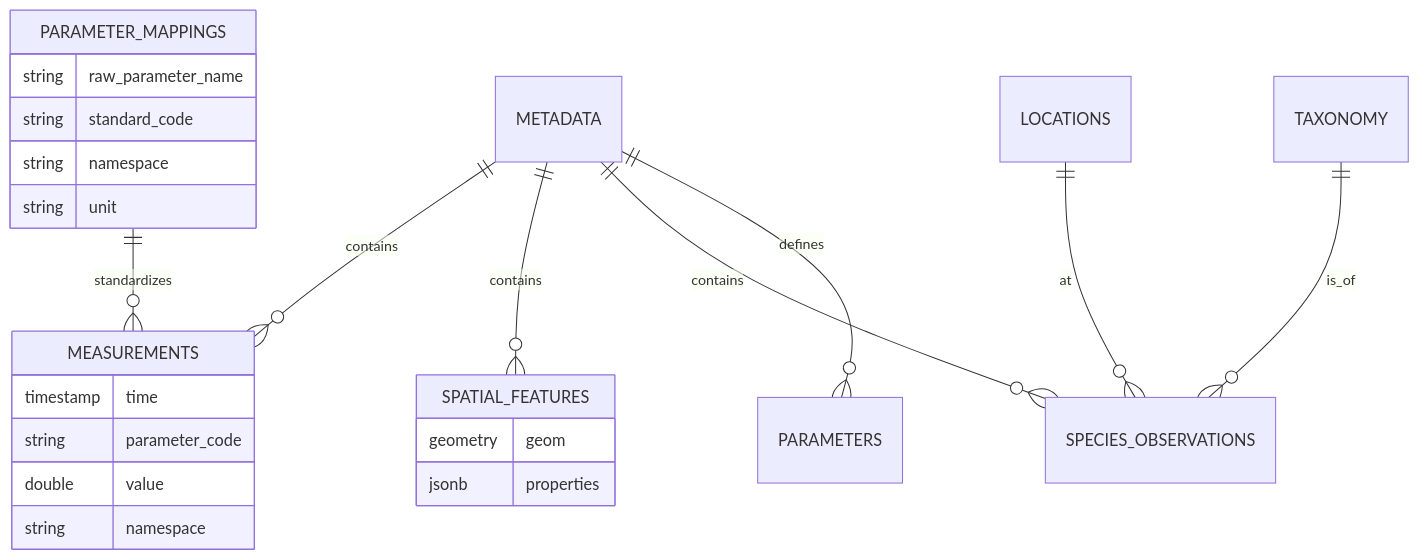
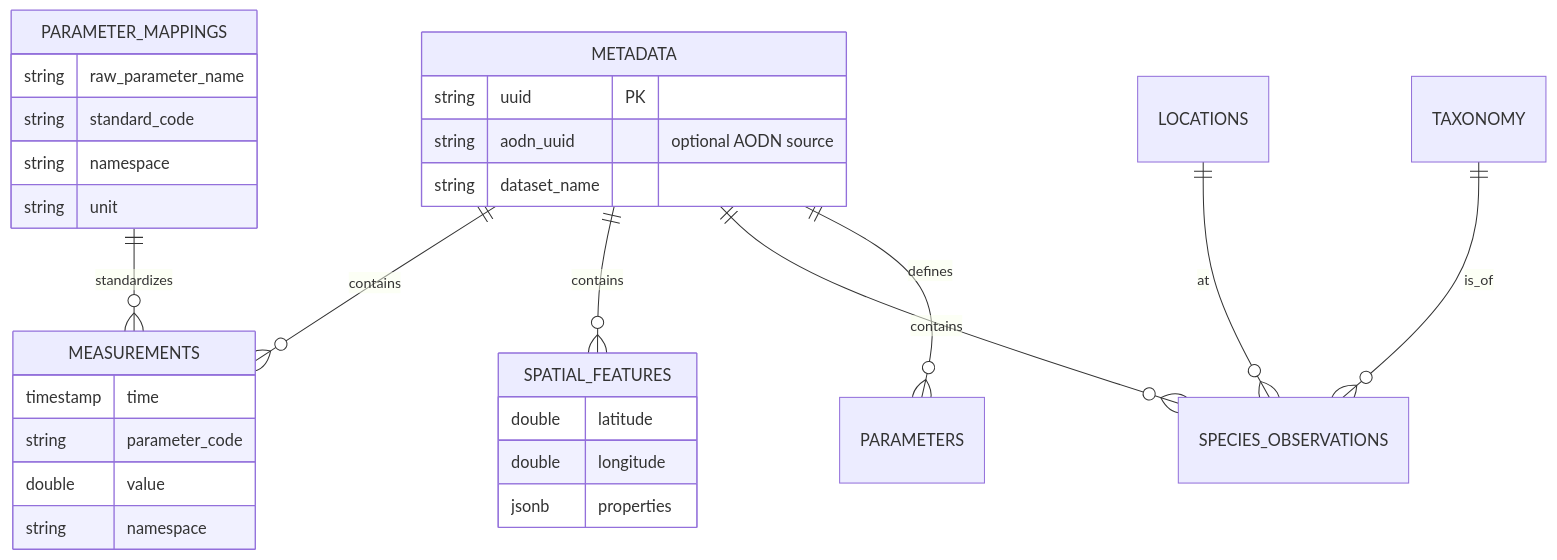
One commit to botheredbybees/huon-channel-marine-analytics changed the diagram in docs/database_schema.md. Above: the diagram before and after it, drawn with Mermaid. The commit also changed other lines of this file, not shown here.

Commit message:
Update database_schema.md: Document aodn_uuid field and remove PostGIS extent_geom references

````diff
--- a/docs/database_schema.md
+++ b/docs/database_schema.md
@@ -359,31 +407,38 @@
 ```mermaid
 erDiagram
     METADATA ||--o{ MEASUREMENTS : contains
     METADATA ||--o{ SPATIAL_FEATURES : contains
     METADATA ||--o{ SPECIES_OBSERVATIONS : contains
     METADATA ||--o{ PARAMETERS : defines
 
     LOCATIONS ||--o{ SPECIES_OBSERVATIONS : at
     TAXONOMY ||--o{ SPECIES_OBSERVATIONS : is_of
     
     PARAMETER_MAPPINGS ||--o{ MEASUREMENTS : standardizes
 
     MEASUREMENTS {
         timestamp time
         string parameter_code
         double value
         string namespace
     }
     
     SPATIAL_FEATURES {
-        geometry geom
+        double latitude
+        double longitude
         jsonb properties
     }
     
     PARAMETER_MAPPINGS {
         string raw_parameter_name
         string standard_code
         string namespace
         string unit
     }
+    
+    METADATA {
+        string uuid PK
+        string aodn_uuid "optional AODN source"
+        string dataset_name
+    }
 ```
````
